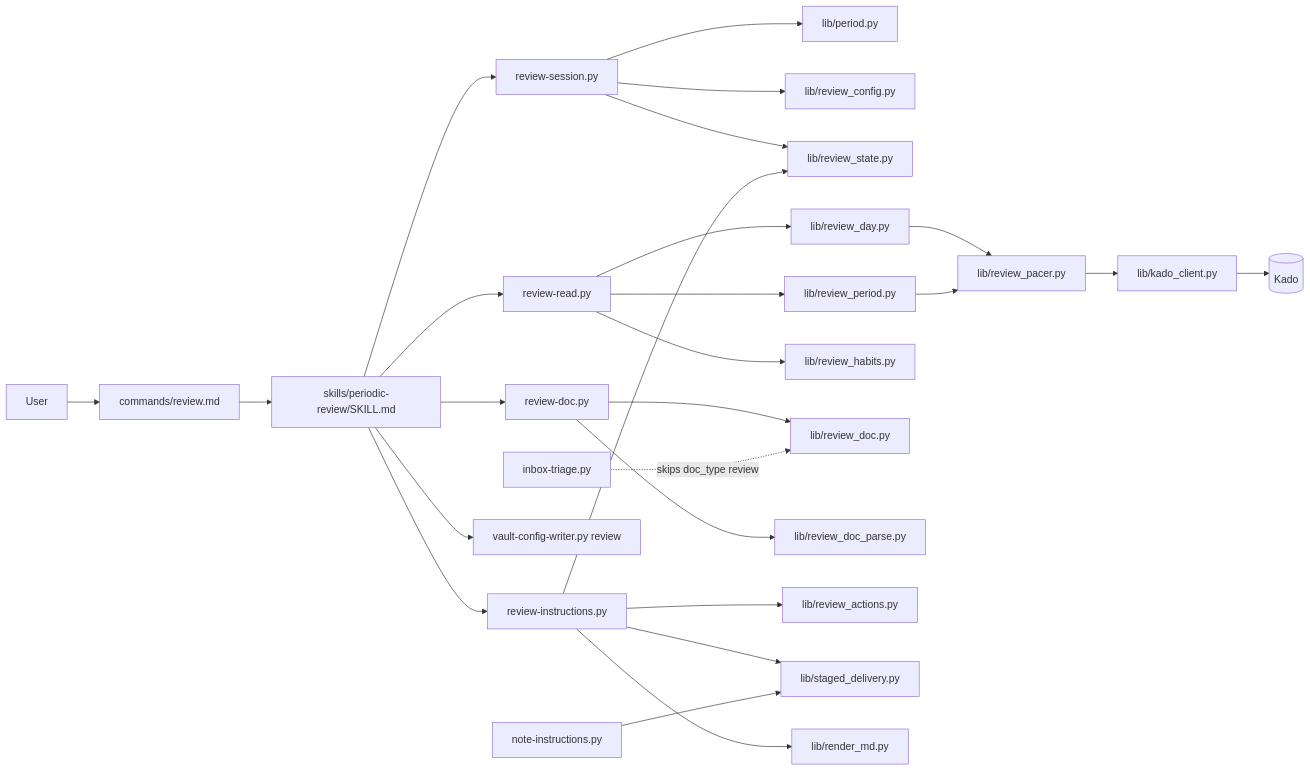
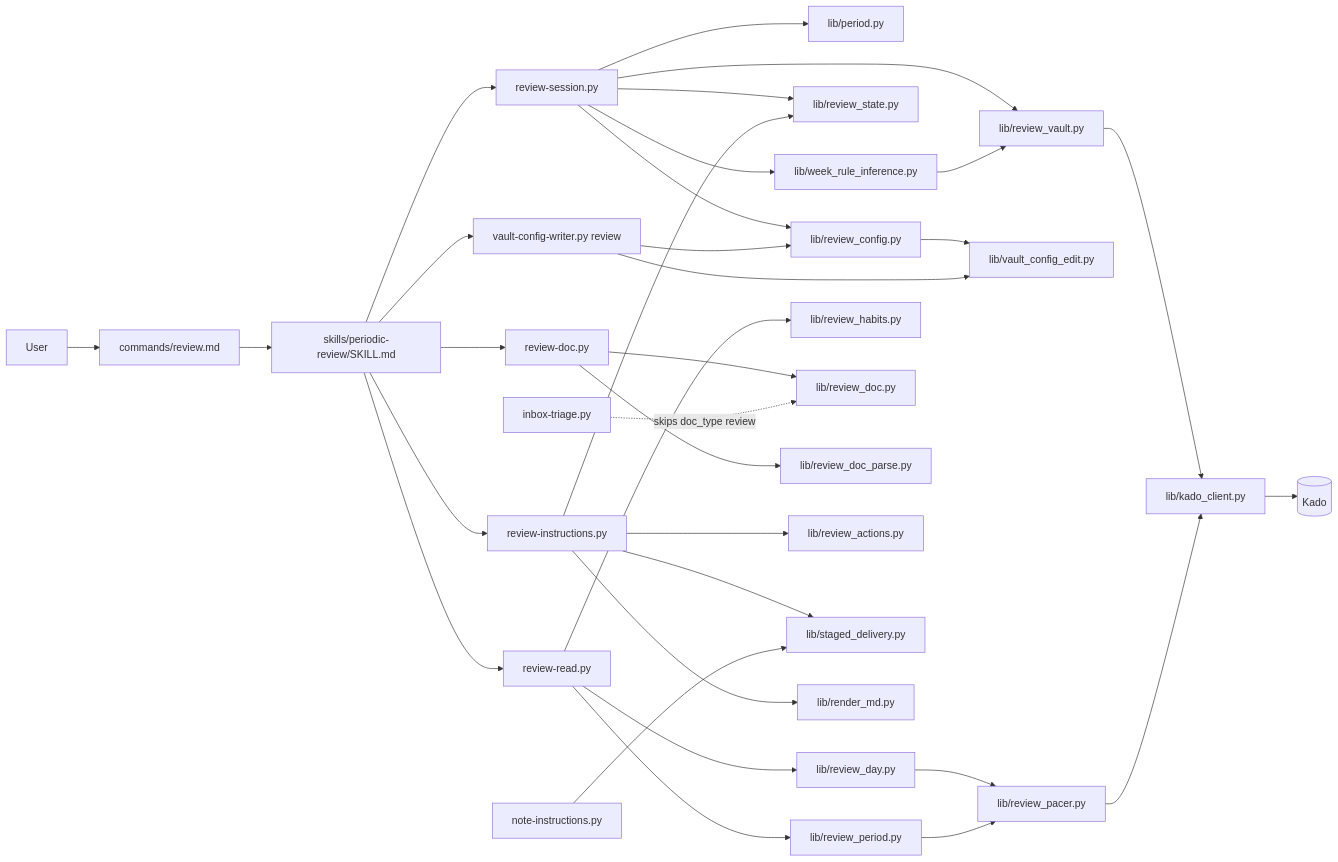
Before and after one commit to MMoMM-org/miyo-tomo: the second of 4 diagrams in docs/XDD/specs/045-weekly-monthly-review/solution.md, drawn with Mermaid. The commit also changed other lines of this file and 8 other files, not shown here.

````diff
--- a/docs/XDD/specs/045-weekly-monthly-review/solution.md
+++ b/docs/XDD/specs/045-weekly-monthly-review/solution.md
@@ -306,28 +306,35 @@
 ```mermaid
 graph LR
     User --> CMD[commands/review.md]
     CMD --> SK[skills/periodic-review/SKILL.md]
     SK --> SES[review-session.py]
     SK --> RD[review-read.py]
     SK --> DOC[review-doc.py]
     SK --> INS[review-instructions.py]
     SK --> VCW[vault-config-writer.py review]
     SES --> PER[lib/period.py]
     SES --> RCFG[lib/review_config.py]
     SES --> RST[lib/review_state.py]
+    SES --> RV[lib/review_vault.py]
+    SES --> WRI[lib/week_rule_inference.py]
+    WRI --> RV
+    RV --> KC
+    RCFG --> VCE[lib/vault_config_edit.py]
+    VCW --> RCFG
+    VCW --> VCE
     RD --> RDAY[lib/review_day.py]
     RD --> RPER[lib/review_period.py]
     RD --> HAB[lib/review_habits.py]
     RDAY --> PACE[lib/review_pacer.py]
     RPER --> PACE
     PACE --> KC[lib/kado_client.py]
     DOC --> RDOC[lib/review_doc.py]
     DOC --> RPAR[lib/review_doc_parse.py]
     INS --> RACT[lib/review_actions.py]
     INS --> RST
     INS --> STG[lib/staged_delivery.py]
     INS --> RMD[lib/render_md.py]
     NI[note-instructions.py] --> STG
     TRI[inbox-triage.py] -.skips doc_type review.-> RDOC
     KC --> Kado[(Kado)]
 ```
````
